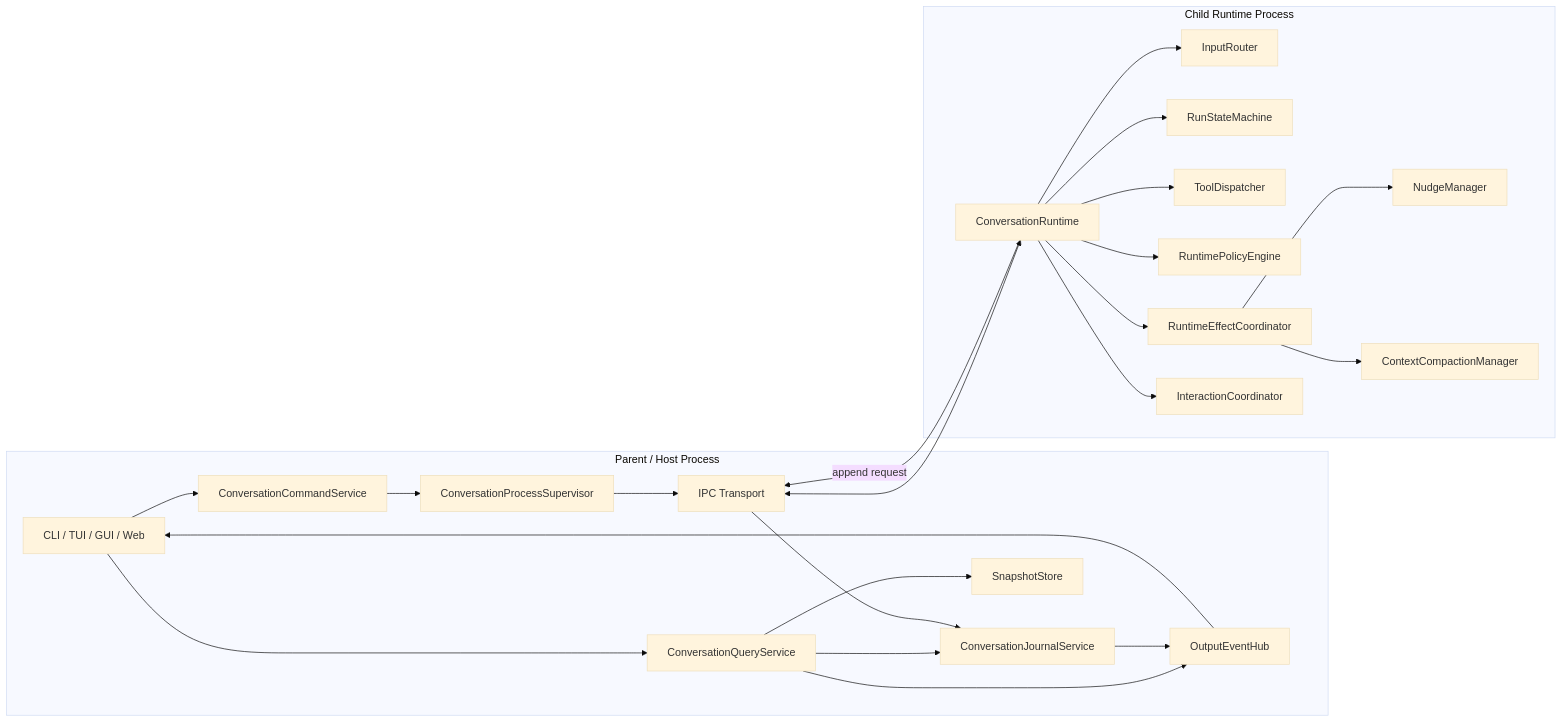
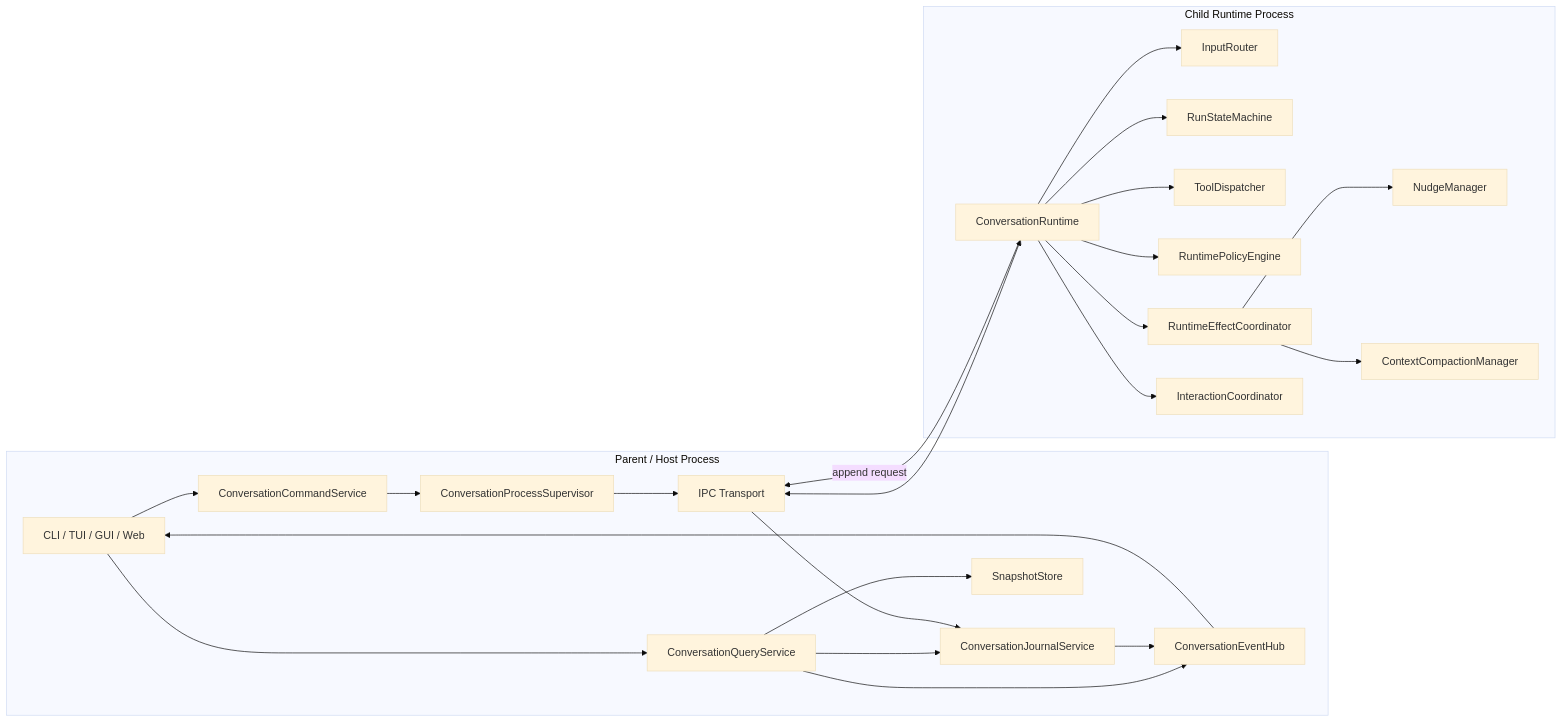
One commit to fanghuarunbalala/nova-writing changed diagram 25 of 26 in docs/architecture.md. Above: the diagram before and after it, drawn with Mermaid (base theme). The commit also changed other lines of this file and 22 other files, not shown here.

````diff
--- a/docs/architecture.md
+++ b/docs/architecture.md
@@ -1393,50 +1450,50 @@
 ```mermaid
 flowchart LR
     subgraph Parent["Parent / Host Process"]
         Apps["CLI / TUI / GUI / Web"]
         Query["ConversationQueryService"]
         Command["ConversationCommandService"]
         Journal["ConversationJournalService"]
         Snapshot["SnapshotStore"]
-        Hub["OutputEventHub"]
+        Hub["ConversationEventHub"]
         Supervisor["ConversationProcessSupervisor"]
         Transport["IPC Transport"]
     end
 
     subgraph Child["Child Runtime Process"]
         Runtime["ConversationRuntime"]
         Router["InputRouter"]
         RunState["RunStateMachine"]
         Tool["ToolDispatcher"]
         Policy["RuntimePolicyEngine"]
         Effects["RuntimeEffectCoordinator"]
         Nudge["NudgeManager"]
         Compact["ContextCompactionManager"]
         Interaction["InteractionCoordinator"]
     end
 
     Apps --> Query
     Apps --> Command
 
     Query --> Journal
     Query --> Snapshot
     Query --> Hub
 
     Command --> Supervisor
     Supervisor --> Transport
     Transport <--> Runtime
 
     Runtime --> Router
     Runtime --> RunState
     Runtime --> Tool
     Runtime --> Policy
     Runtime --> Effects
     Effects --> Nudge
     Effects --> Compact
     Runtime --> Interaction
 
     Runtime -->|"append request"| Transport
     Transport --> Journal
     Journal --> Hub
     Hub --> Apps
 ```
````
